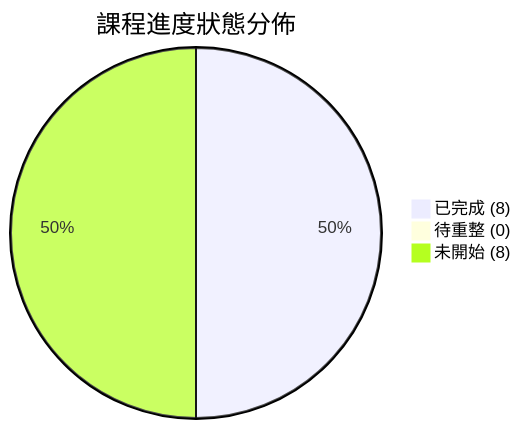
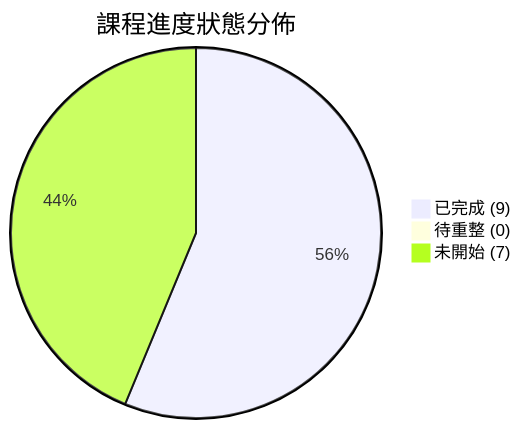
Before and after one commit to Jimlin0428/my-digital-garden: the diagram in src/site/notes/04_主題選修/10_創業與企業財務策略/00_課程導航與進度/progress_📊 課程與筆記進度追蹤.md, drawn with Mermaid. The commit also changed other lines of this file and 26 other files, not shown here.

````diff
--- a/src/site/notes/04_主題選修/10_創業與企業財務策略/00_課程導航與進度/progress_📊 課程與筆記進度追蹤.md
+++ b/src/site/notes/04_主題選修/10_創業與企業財務策略/00_課程導航與進度/progress_📊 課程與筆記進度追蹤.md
@@ -28,6 +28,6 @@
 ```mermaid
 pie title 課程進度狀態分佈
-    "已完成 (8)" : 8
+    "已完成 (9)" : 9
     "待重整 (0)" : 0
-    "未開始 (8)" : 8
+    "未開始 (7)" : 7
 ```
````
